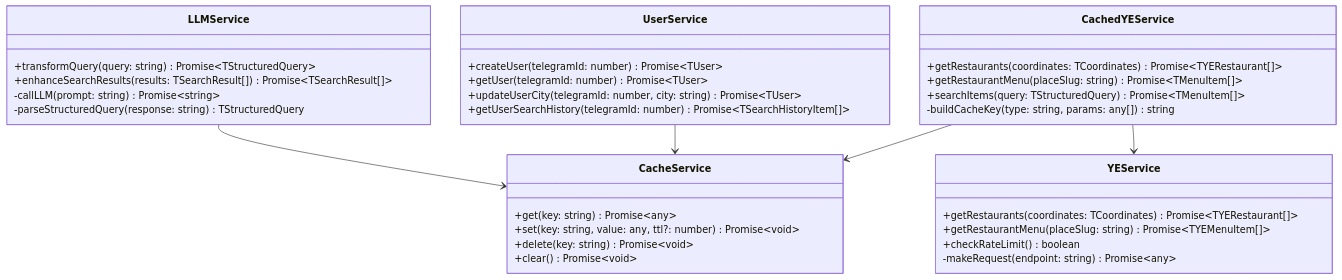
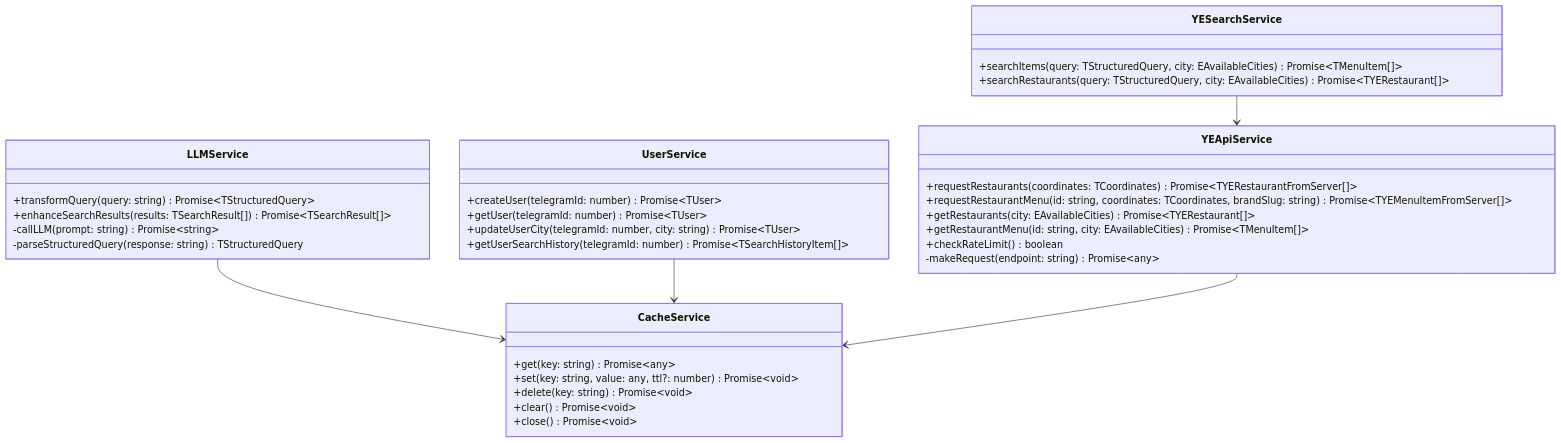
Before and after one commit to TroExol/food-talker: the second of 3 diagrams in .kiro/specs/food-search-telegram-bot/design.md, drawn with Mermaid. The commit also changed other lines of this file, not shown here.

````diff
--- a/.kiro/specs/food-search-telegram-bot/design.md
+++ b/.kiro/specs/food-search-telegram-bot/design.md
@@ -104,42 +104,43 @@
 ```mermaid
 classDiagram
     class LLMService {
         +transformQuery(query: string) Promise~TStructuredQuery~
         +enhanceSearchResults(results: TSearchResult[]) Promise~TSearchResult[]~
         -callLLM(prompt: string) Promise~string~
         -parseStructuredQuery(response: string) TStructuredQuery
     }
     
     class UserService {
         +createUser(telegramId: number) Promise~TUser~
         +getUser(telegramId: number) Promise~TUser~
         +updateUserCity(telegramId: number, city: string) Promise~TUser~
         +getUserSearchHistory(telegramId: number) Promise~TSearchHistoryItem[]~
     }
     
-    class CachedYEService {
-        +getRestaurants(coordinates: TCoordinates) Promise~TYERestaurant[]~
-        +getRestaurantMenu(placeSlug: string) Promise~TMenuItem[]~
-        +searchItems(query: TStructuredQuery) Promise~TMenuItem[]~
-        -buildCacheKey(type: string, params: any[]) string
+    class YEApiService {
+        +requestRestaurants(coordinates: TCoordinates) Promise~TYERestaurantFromServer[]~
+        +requestRestaurantMenu(id: string, coordinates: TCoordinates, brandSlug: string) Promise~TYEMenuItemFromServer[]~
+        +getRestaurants(city: EAvailableCities) Promise~TYERestaurant[]~
+        +getRestaurantMenu(id: string, city: EAvailableCities) Promise~TMenuItem[]~
+        +checkRateLimit() boolean
+        -makeRequest(endpoint: string) Promise~any~
     }
     
-    class YEService {
-        +getRestaurants(coordinates: TCoordinates) Promise~TYERestaurant[]~
-        +getRestaurantMenu(placeSlug: string) Promise~TYEMenuItem[]~
-        +checkRateLimit() boolean
-        -makeRequest(endpoint: string) Promise~any~
+    class YESearchService {
+        +searchItems(query: TStructuredQuery, city: EAvailableCities) Promise~TMenuItem[]~
+        +searchRestaurants(query: TStructuredQuery, city: EAvailableCities) Promise~TYERestaurant[]~
     }
     
     class CacheService {
         +get(key: string) Promise~any~
         +set(key: string, value: any, ttl?: number) Promise~void~
         +delete(key: string) Promise~void~
         +clear() Promise~void~
+        +close() Promise~void~
     }
     
     LLMService --> CacheService
     UserService --> CacheService
-    CachedYEService --> YEService
-    CachedYEService --> CacheService
+    YEApiService --> CacheService
+    YESearchService --> YEApiService
 ```
````
